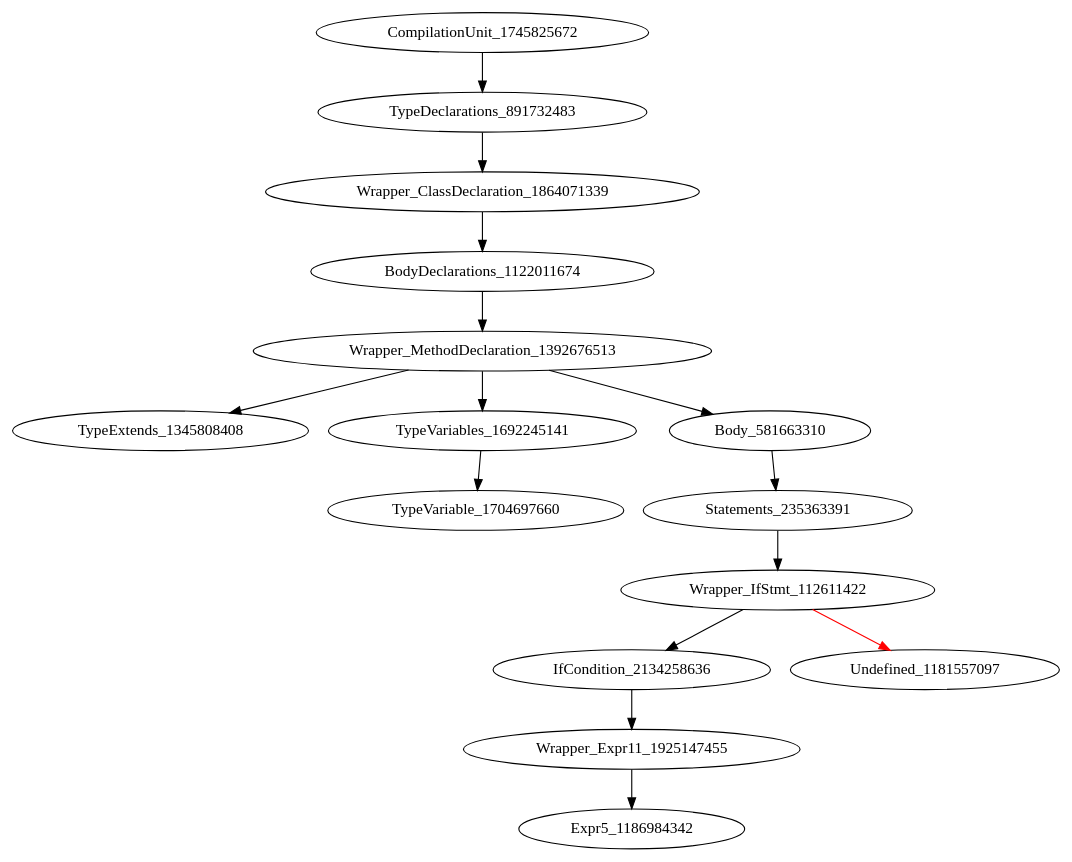
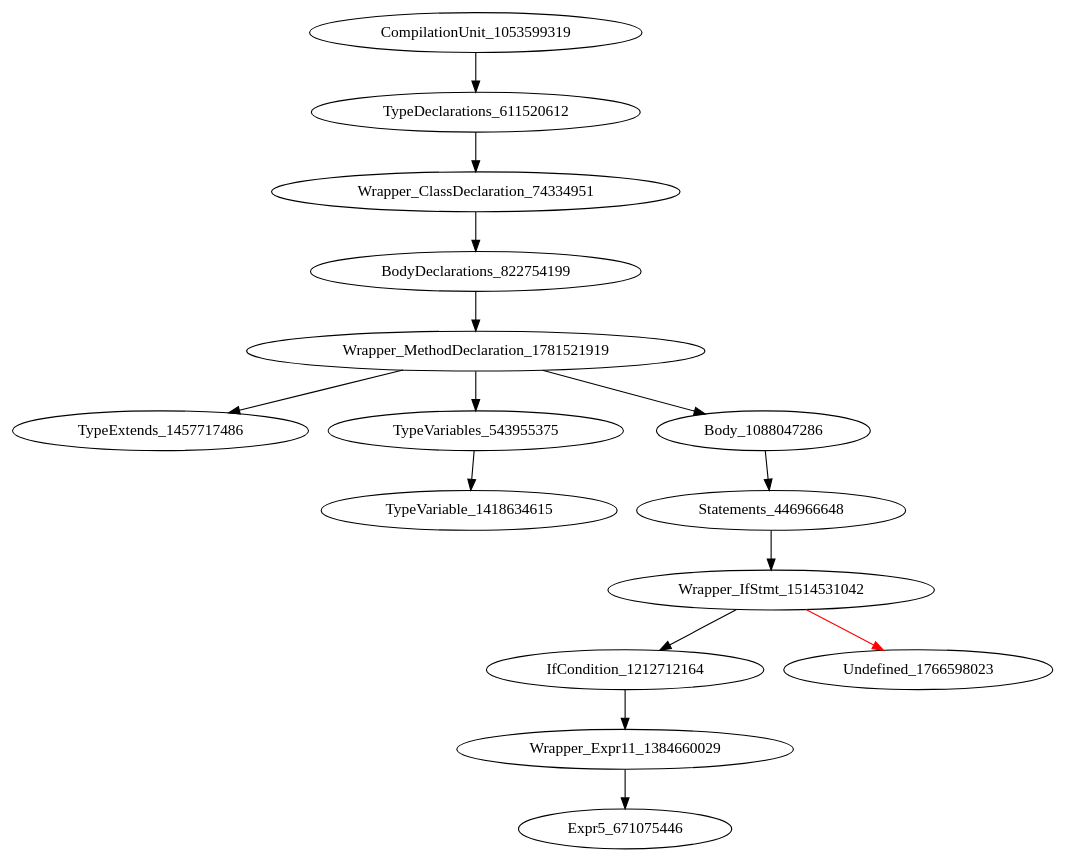
The diagram in holeAST.dot (icse2023material/VoiceJava), drawn with Graphviz before and after one commit. The commit also changed 13 other files, not shown here.

```diff
--- a/holeAST.dot
+++ b/holeAST.dot
@@ -1,16 +1,16 @@
 digraph {
-CompilationUnit_1745825672 -> TypeDeclarations_891732483
-TypeDeclarations_891732483 -> Wrapper_ClassDeclaration_1864071339
-Wrapper_ClassDeclaration_1864071339 -> BodyDeclarations_1122011674
-BodyDeclarations_1122011674 -> Wrapper_MethodDeclaration_1392676513
-Wrapper_MethodDeclaration_1392676513 -> TypeExtends_1345808408
-Wrapper_MethodDeclaration_1392676513 -> TypeVariables_1692245141
-Wrapper_MethodDeclaration_1392676513 -> Body_581663310
-TypeVariables_1692245141 -> TypeVariable_1704697660
-Body_581663310 -> Statements_235363391
-Statements_235363391 -> Wrapper_IfStmt_112611422
-Wrapper_IfStmt_112611422 -> IfCondition_2134258636
-Wrapper_IfStmt_112611422 -> Undefined_1181557097 [color = red] 
-IfCondition_2134258636 -> Wrapper_Expr11_1925147455
-Wrapper_Expr11_1925147455 -> Expr5_1186984342
+CompilationUnit_1053599319 -> TypeDeclarations_611520612
+TypeDeclarations_611520612 -> Wrapper_ClassDeclaration_74334951
+Wrapper_ClassDeclaration_74334951 -> BodyDeclarations_822754199
+BodyDeclarations_822754199 -> Wrapper_MethodDeclaration_1781521919
+Wrapper_MethodDeclaration_1781521919 -> TypeExtends_1457717486
+Wrapper_MethodDeclaration_1781521919 -> TypeVariables_543955375
+Wrapper_MethodDeclaration_1781521919 -> Body_1088047286
+TypeVariables_543955375 -> TypeVariable_1418634615
+Body_1088047286 -> Statements_446966648
+Statements_446966648 -> Wrapper_IfStmt_1514531042
+Wrapper_IfStmt_1514531042 -> IfCondition_1212712164
+Wrapper_IfStmt_1514531042 -> Undefined_1766598023 [color = red] 
+IfCondition_1212712164 -> Wrapper_Expr11_1384660029
+Wrapper_Expr11_1384660029 -> Expr5_671075446
 }
```
